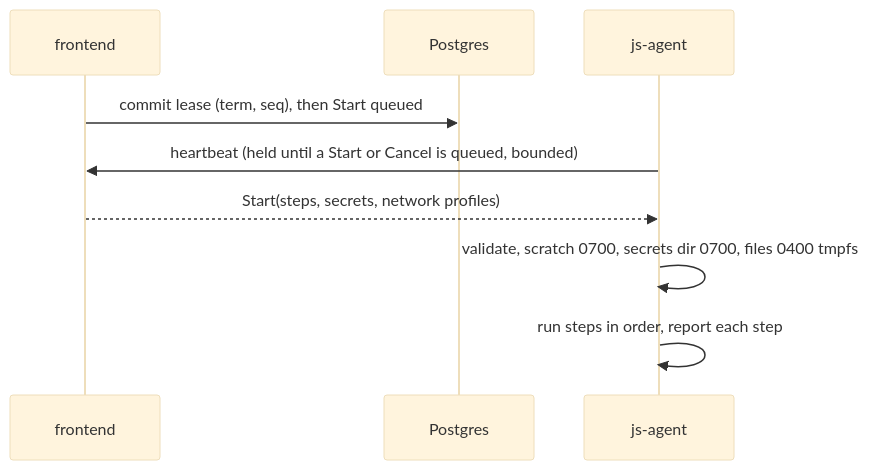
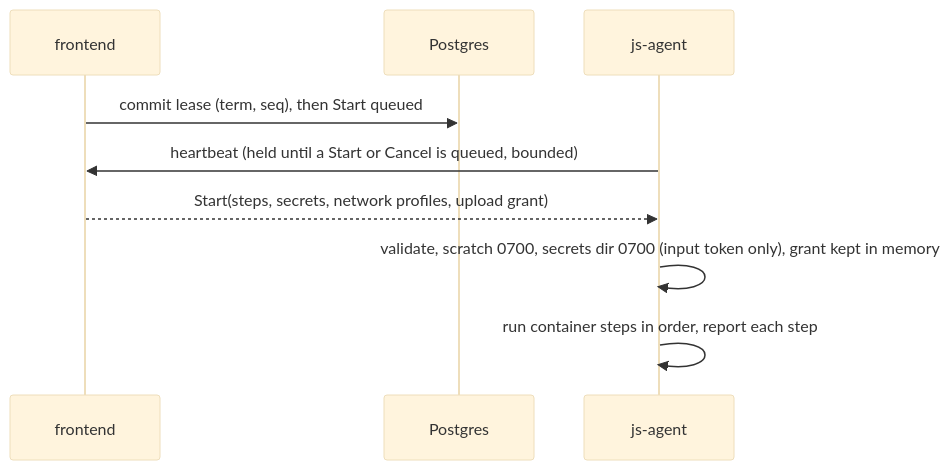
The sixth of 14 diagrams in docs/design/kbf-on-js-agent.md (komira-ai/jobscheduler), drawn with Mermaid (base theme) before and after one commit. The commit also changed other lines of this file and 5 other files, not shown here.

````diff
--- a/docs/design/kbf-on-js-agent.md
+++ b/docs/design/kbf-on-js-agent.md
@@ -374,11 +403,11 @@
 ```mermaid
 sequenceDiagram
   participant F as frontend
   participant D as Postgres
   participant G as js-agent
   F->>D: commit lease (term, seq), then Start queued
   G->>F: heartbeat (held until a Start or Cancel is queued, bounded)
-  F-->>G: Start(steps, secrets, network profiles)
-  G->>G: validate, scratch 0700, secrets dir 0700, files 0400 tmpfs
-  G->>G: run steps in order, report each step
+  F-->>G: Start(steps, secrets, network profiles, upload grant)
+  G->>G: validate, scratch 0700, secrets dir 0700 (input token only), grant kept in memory
+  G->>G: run container steps in order, report each step
 ```
````
